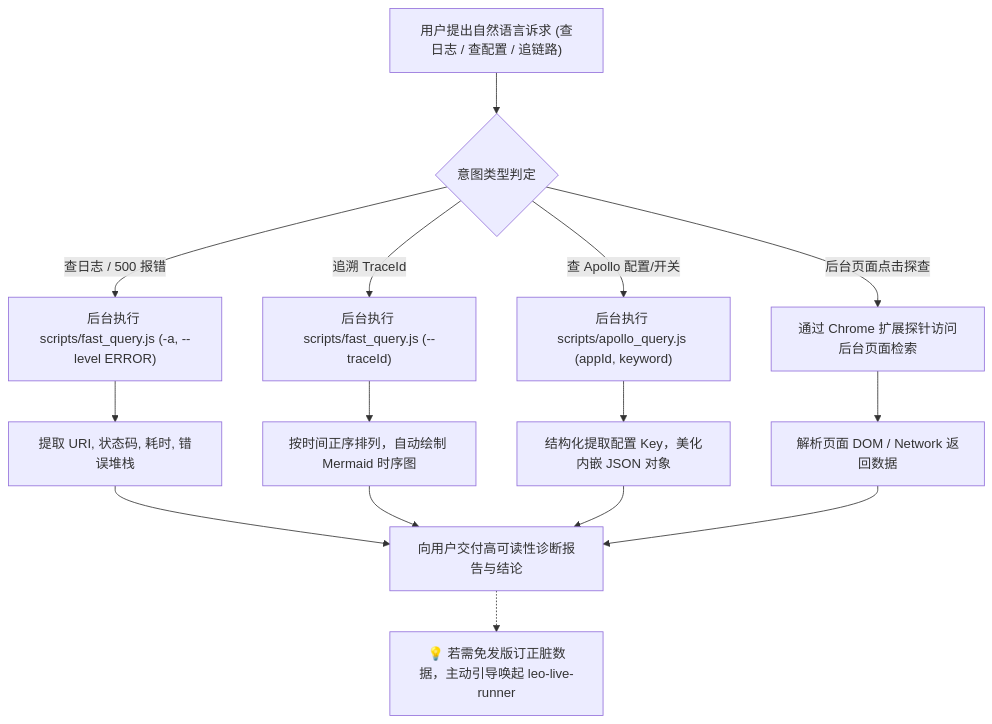
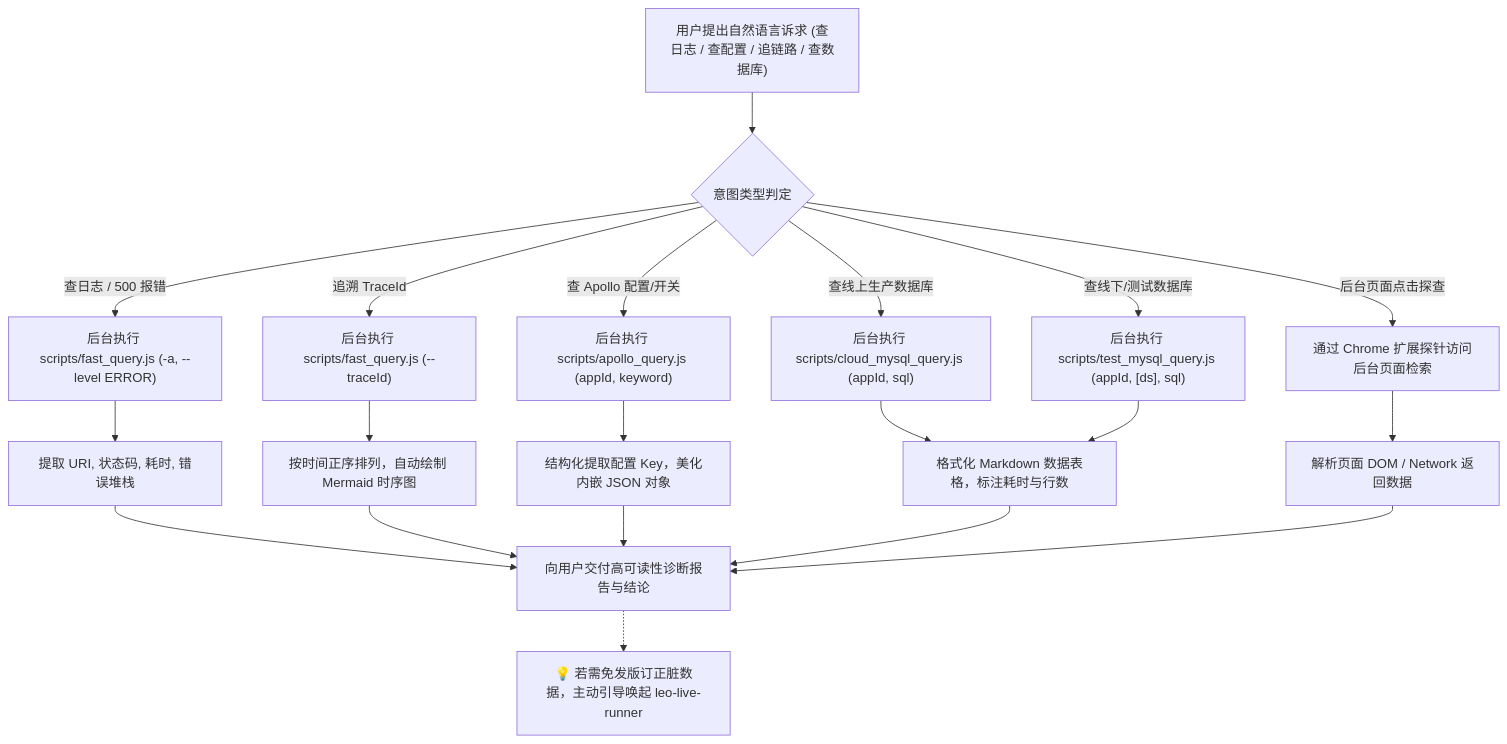
One commit to zlpawn/shrimp changed the diagram in lib/skills/leo-live-inspector/SKILL.md. Above: the diagram before and after it, drawn with Mermaid. The commit also changed other lines of this file and 5 other files, not shown here.

First line of the commit message:
feat(inspector): add test environment mysql direct query and paoding loki log engines

````diff
--- a/lib/skills/leo-live-inspector/SKILL.md
+++ b/lib/skills/leo-live-inspector/SKILL.md
@@ -47,17 +53,20 @@
 ```mermaid
 flowchart TD
-    A["用户提出自然语言诉求 (查日志 / 查配置 / 追链路)"] --> B{"意图类型判定"}
+    A["用户提出自然语言诉求 (查日志 / 查配置 / 追链路 / 查数据库)"] --> B{"意图类型判定"}
     
     B -->|"查日志 / 500 报错"| C1["后台执行 scripts/fast_query.js (-a, --level ERROR)"]
     B -->|"追溯 TraceId"| C2["后台执行 scripts/fast_query.js (--traceId)"]
     B -->|"查 Apollo 配置/开关"| C3["后台执行 scripts/apollo_query.js (appId, keyword)"]
-    B -->|"后台页面点击探查"| C4["通过 Chrome 扩展探针访问后台页面检索"]
+    B -->|"查线上生产数据库"| C4["后台执行 scripts/cloud_mysql_query.js (appId, sql)"]
+    B -->|"查线下/测试数据库"| C5["后台执行 scripts/test_mysql_query.js (appId, [ds], sql)"]
+    B -->|"后台页面点击探查"| C6["通过 Chrome 扩展探针访问后台页面检索"]
 
     C1 --> D1["提取 URI, 状态码, 耗时, 错误堆栈"]
     C2 --> D2["按时间正序排列，自动绘制 Mermaid 时序图"]
     C3 --> D3["结构化提取配置 Key，美化内嵌 JSON 对象"]
-    C4 --> D4["解析页面 DOM / Network 返回数据"]
+    C4 & C5 --> D4["格式化 Markdown 数据表格，标注耗时与行数"]
+    C6 --> D5["解析页面 DOM / Network 返回数据"]
 
-    D1 & D2 & D3 & D4 --> E["向用户交付高可读性诊断报告与结论"]
+    D1 & D2 & D3 & D4 & D5 --> E["向用户交付高可读性诊断报告与结论"]
     E -.-> F["💡 若需免发版订正脏数据，主动引导唤起 leo-live-runner"]
 ```
````
